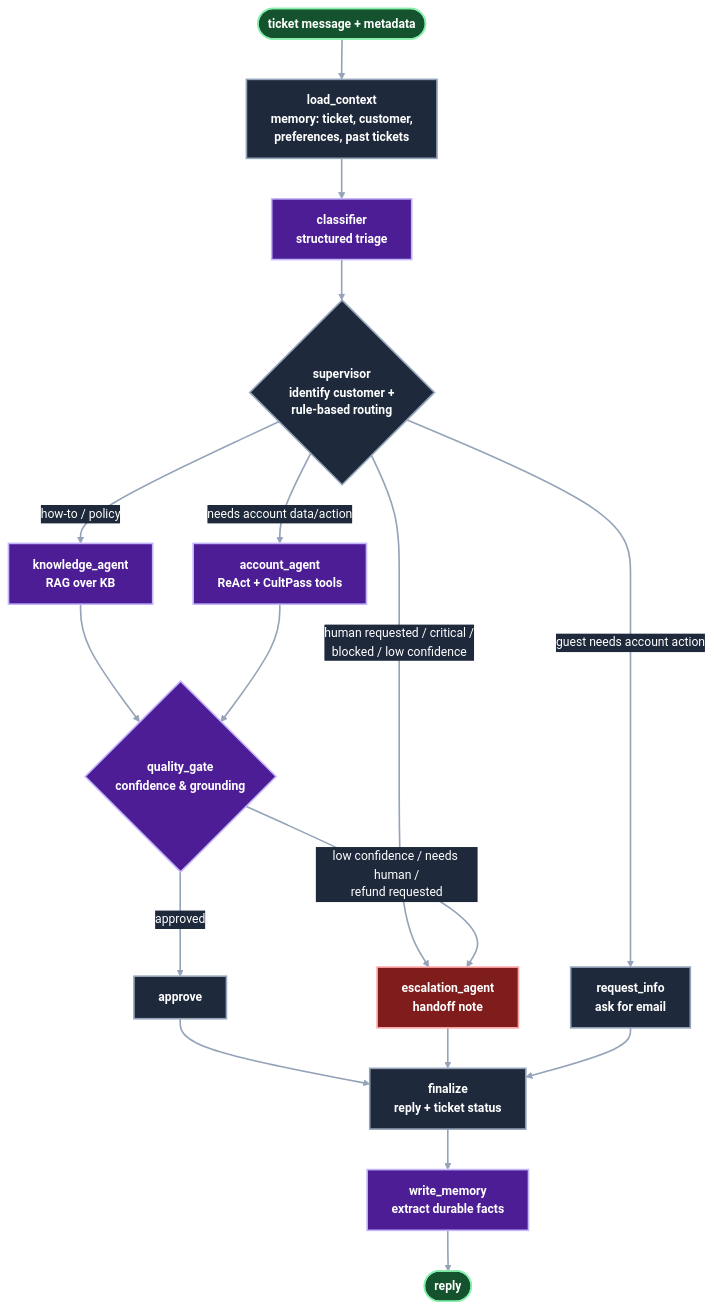
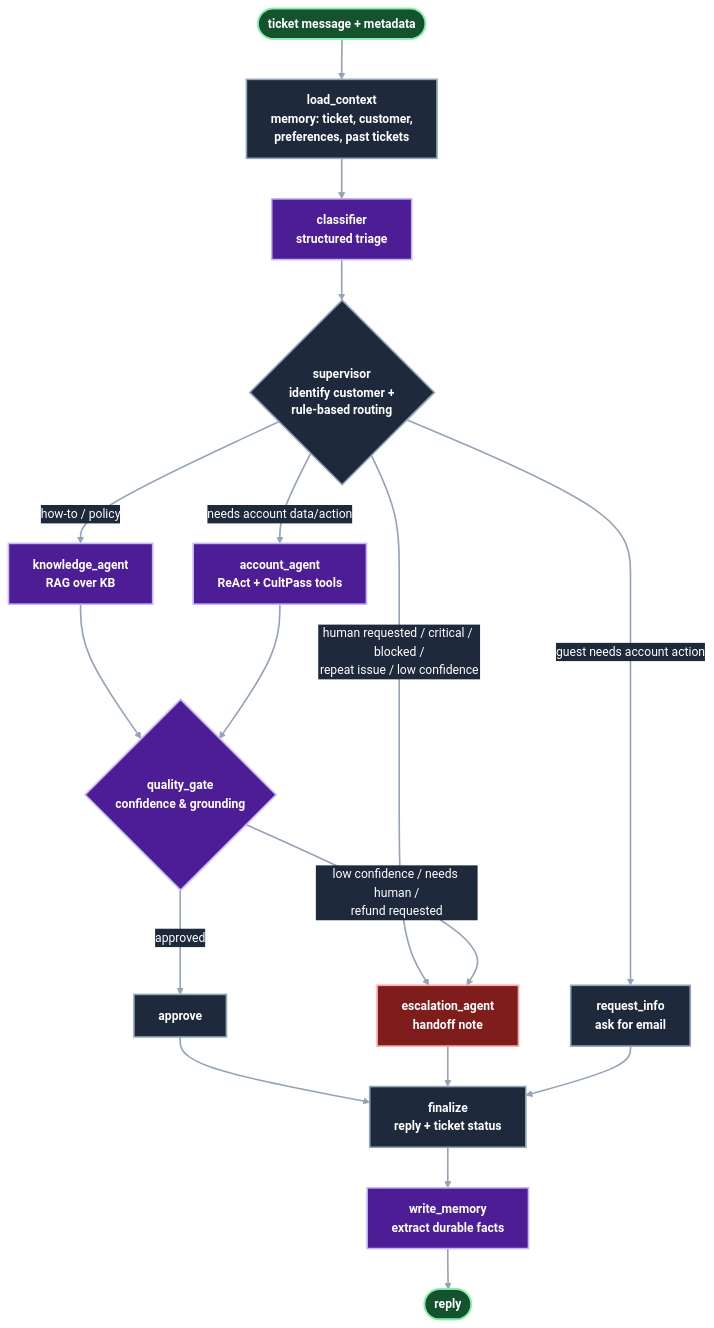
The diagram in starter/agentic/design/README.md (manish5593/Agentic_AI_With_LangGraph), drawn with Mermaid before and after one commit. The commit also changed other lines of this file and 22 other files, not shown here.

````diff
--- a/starter/agentic/design/README.md
+++ b/starter/agentic/design/README.md
@@ -20,29 +20,29 @@
 ```mermaid
 %%{init: {"theme": "base", "themeVariables": {"fontSize": "15px", "background": "#0f172a", "lineColor": "#94a3b8", "textColor": "#ffffff", "primaryTextColor": "#ffffff", "edgeLabelBackground": "#1e293b", "tertiaryTextColor": "#ffffff"}}}%%
 graph TD
     START([ticket message + metadata]) --> LC[load_context<br/>memory: ticket, customer,<br/>preferences, past tickets]
     LC --> CL[classifier<br/>structured triage]
     CL --> SU{supervisor<br/>identify customer +<br/>rule-based routing}
     SU -->|how-to / policy| KA[knowledge_agent<br/>RAG over KB]
     SU -->|needs account data/action| AA[account_agent<br/>ReAct + CultPass tools]
     SU -->|guest needs account action| RI[request_info<br/>ask for email]
-    SU -->|human requested / critical /<br/>blocked / low confidence| EA[escalation_agent<br/>handoff note]
+    SU -->|human requested / critical / blocked /<br/>repeat issue / low confidence| EA[escalation_agent<br/>handoff note]
     KA --> QG{quality_gate<br/>confidence & grounding}
     AA --> QG
     QG -->|approved| AP[approve]
     QG -->|low confidence / needs human /<br/>refund requested| EA
     AP --> FI[finalize<br/>reply + ticket status]
     EA --> FI
     RI --> FI
     FI --> WM[write_memory<br/>extract durable facts]
     WM --> OUT([reply])
 
     classDef default fill:#1e293b,stroke:#94a3b8,stroke-width:2px,color:#ffffff,font-weight:bold
     classDef io fill:#14532d,stroke:#86efac,stroke-width:2px,color:#ffffff,font-weight:bold
     classDef llm fill:#4c1d95,stroke:#c4b5fd,stroke-width:2px,color:#ffffff,font-weight:bold
     classDef escalation fill:#7f1d1d,stroke:#fca5a5,stroke-width:2px,color:#ffffff,font-weight:bold
     class START,OUT io
     class CL,KA,AA,QG,WM llm
     class EA escalation
     linkStyle default stroke:#94a3b8,stroke-width:2px
 ```
````
